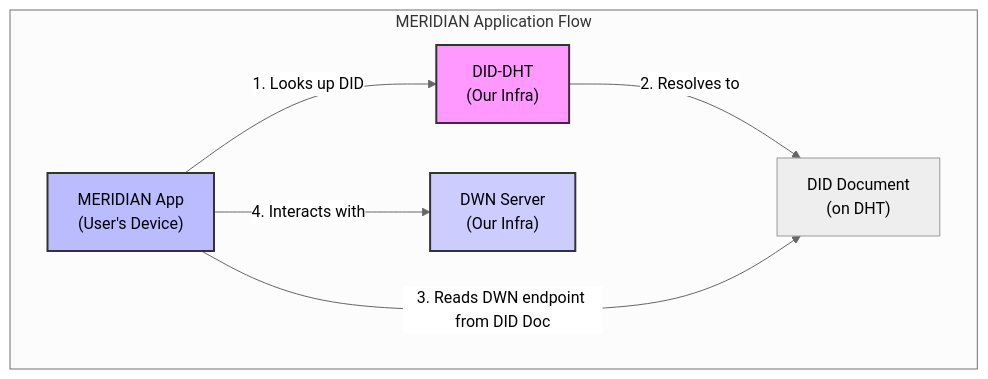
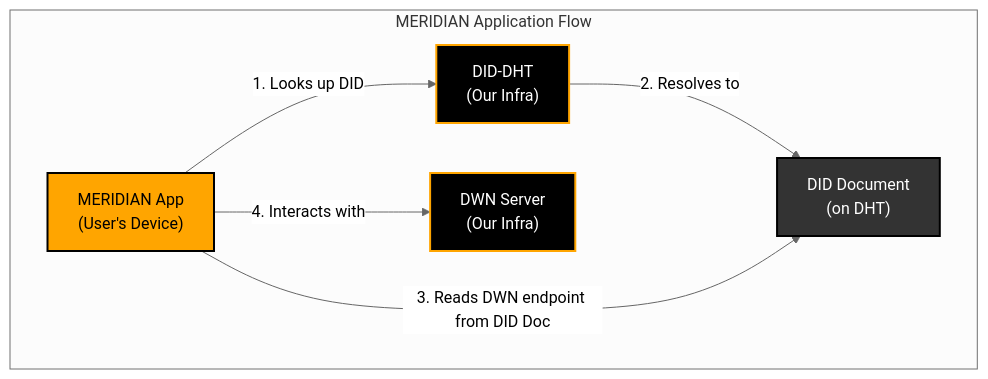
The second of 2 diagrams in Web5 Infra Pods/README.md (chandan989/M.E.R.I.D.I.A.N.), drawn with Mermaid (neutral theme) before and after one commit. The commit also changed other lines of this file, not shown here.

````diff
--- a/Web5 Infra Pods/README.md
+++ b/Web5 Infra Pods/README.md
@@ -68,18 +72,19 @@
 ```mermaid
 graph TD
     subgraph "MERIDIAN Application Flow"
         App["MERIDIAN App <br> (User's Device)"]
         DID_DHT["DID-DHT <br> (Our Infra)"]
         DID_Doc["DID Document <br> (on DHT)"]
         DWN["DWN Server <br> (Our Infra)"]
     end
 
     App -- "1. Looks up DID" --> DID_DHT
     DID_DHT -- "2. Resolves to" --> DID_Doc
     App -- "3. Reads DWN endpoint from DID Doc" --> DID_Doc
     App -- "4. Interacts with" --> DWN
 
-    style App fill:#bbf,stroke:#333,stroke-width:2px
-    style DID_DHT fill:#f9f,stroke:#333,stroke-width:2px
-    style DWN fill:#ccf,stroke:#333,stroke-width:2px
+    style App fill:#FFA500,stroke:#000000,stroke-width:2px,color:#000000
+    style DID_DHT fill:#000000,stroke:#FFA500,stroke-width:2px,color:#FFFFFF
+    style DWN fill:#000000,stroke:#FFA500,stroke-width:2px,color:#FFFFFF
+    style DID_Doc fill:#333,stroke:#000,stroke-width:2px,color:#fff
 ```
````
